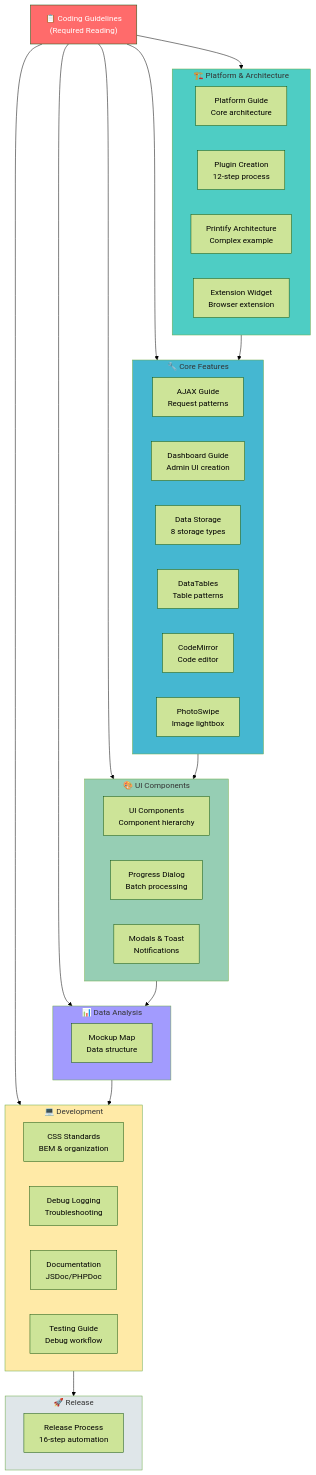
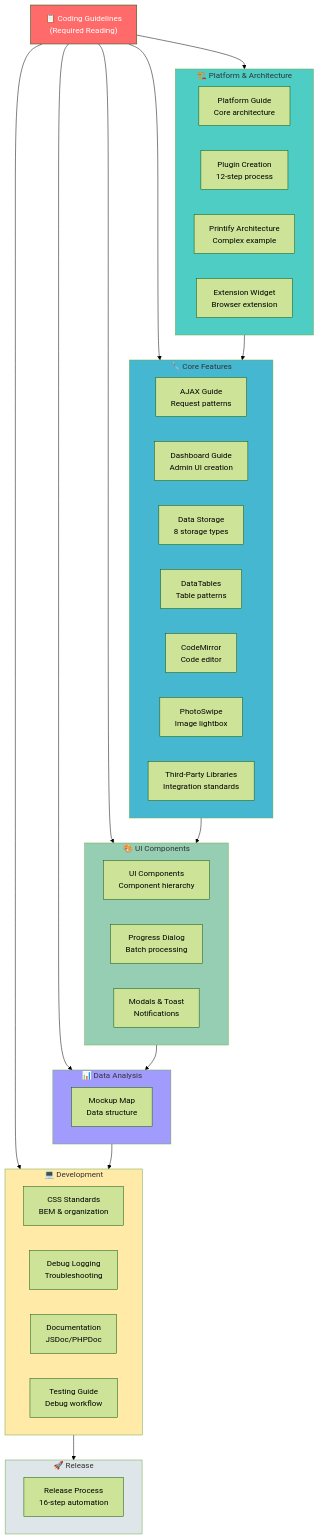
The diagram in index.md (tdemelle-SiP/.claude), drawn with Mermaid (forest theme) before and after one commit. The commit also changed other lines of this file and 7 other files, not shown here.

First line of the commit message:
feat: Standardize third-party library integration and add file browser to SiP Core platform

````diff
--- a/index.md
+++ b/index.md
@@ -80,61 +81,62 @@
 ```mermaid
 graph TD
     Guidelines["📋 Coding Guidelines<br/>(Required Reading)"]
     
     subgraph Platform["🏗️ Platform & Architecture"]
         PlatformGuide["Platform Guide<br/>Core architecture"]
         Creation["Plugin Creation<br/>12-step process"]
         PrintifyArch["Printify Architecture<br/>Complex example"]
         Extension["Extension Widget<br/>Browser extension"]
     end
     
     subgraph Features["🔧 Core Features"]
         Ajax["AJAX Guide<br/>Request patterns"]
         Dashboards["Dashboard Guide<br/>Admin UI creation"]
         Storage["Data Storage<br/>8 storage types"]
         DataTables["DataTables<br/>Table patterns"]
         CodeMirror["CodeMirror<br/>Code editor"]
         PhotoSwipe["PhotoSwipe<br/>Image lightbox"]
+        ThirdParty["Third-Party Libraries<br/>Integration standards"]
     end
     
     subgraph UI["🎨 UI Components"]
         Components["UI Components<br/>Component hierarchy"]
         Progress["Progress Dialog<br/>Batch processing"]
         Modals["Modals & Toast<br/>Notifications"]
     end
     
     subgraph Data["📊 Data Analysis"]
         MockupMap["Mockup Map<br/>Data structure"]
     end
     
     subgraph Dev["💻 Development"]
         CSS["CSS Standards<br/>BEM & organization"]
         Debug["Debug Logging<br/>Troubleshooting"]
         Docs["Documentation<br/>JSDoc/PHPDoc"]
         Testing["Testing Guide<br/>Debug workflow"]
     end
     
     subgraph Release["🚀 Release"]
         ReleaseMgmt["Release Process<br/>16-step automation"]
     end
     
     Guidelines --> Platform
     Guidelines --> Features
     Guidelines --> UI
     Guidelines --> Data
     Guidelines --> Dev
     
     Platform --> Features
     Features --> UI
     UI --> Data
     Data --> Dev
     Dev --> Release
     
     style Guidelines fill:#ff6b6b,color:#fff
     style Platform fill:#4ecdc4
     style Features fill:#45b7d1
     style UI fill:#96ceb4
     style Data fill:#a29bfe
     style Dev fill:#ffeaa7
     style Release fill:#dfe6e9
 ```
````
